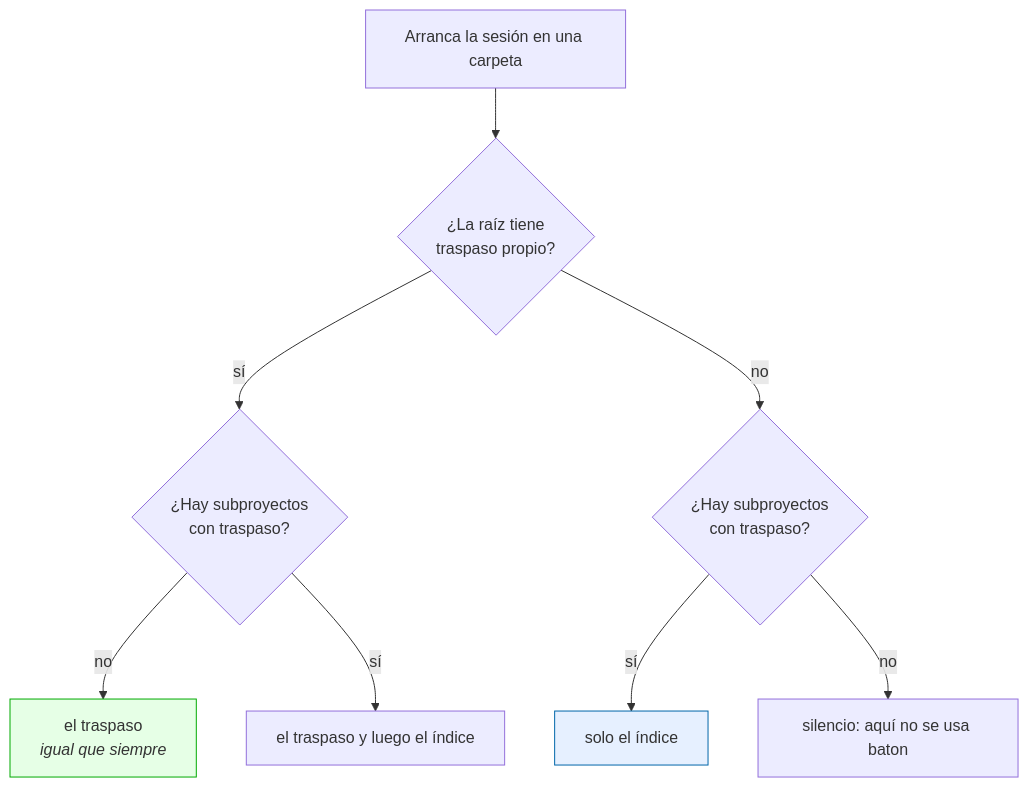
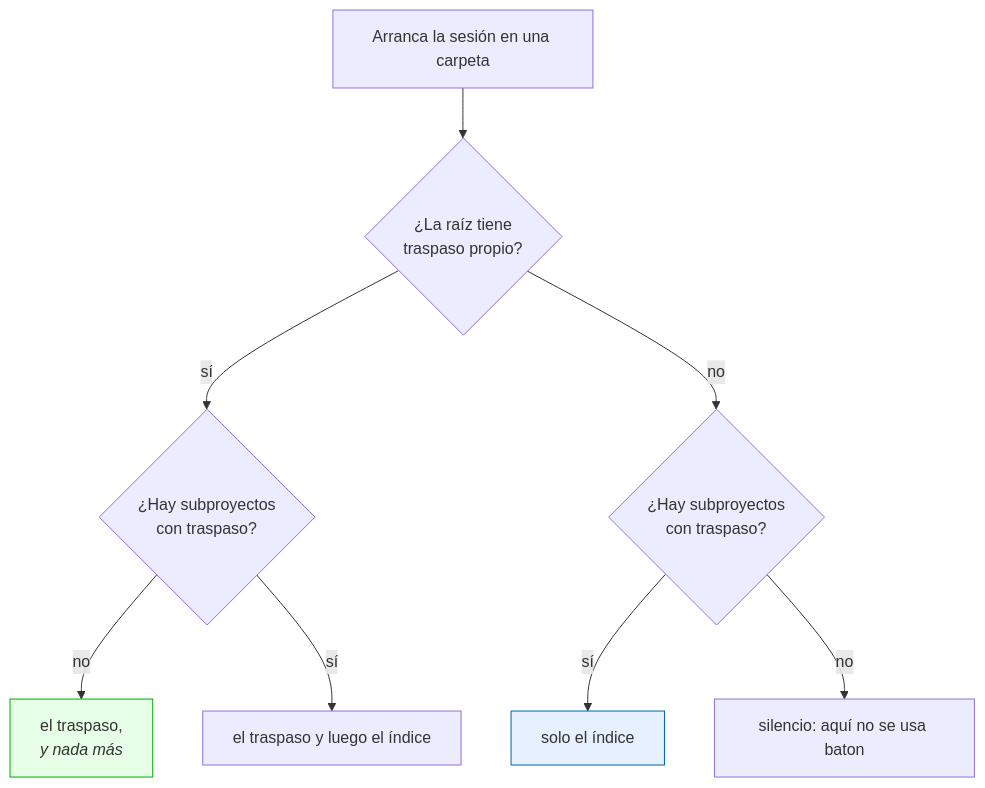
One commit to mrshelll/baton changed the seventh of 7 diagrams in README.es.md. Above: the diagram before and after it, drawn with Mermaid. The commit also changed other lines of this file and 6 other files, not shown here.

````diff
--- a/README.es.md
+++ b/README.es.md
@@ -326,12 +347,12 @@
 ```mermaid
 flowchart TD
     S["Arranca la sesión en una carpeta"] --> D{"¿La raíz tiene<br/>traspaso propio?"}
     D -->|sí| P{"¿Hay subproyectos<br/>con traspaso?"}
     D -->|no| Q{"¿Hay subproyectos<br/>con traspaso?"}
-    P -->|no| A["el traspaso<br/><i>igual que siempre</i>"]
+    P -->|no| A["el traspaso,<br/><i>y nada más</i>"]
     P -->|sí| B["el traspaso y luego el índice"]
     Q -->|sí| C["solo el índice"]
     Q -->|no| E["silencio: aquí no se usa baton"]
     style A fill:#e6ffe6,stroke:#0a0
     style C fill:#e6f0ff,stroke:#06a
 ```
````
